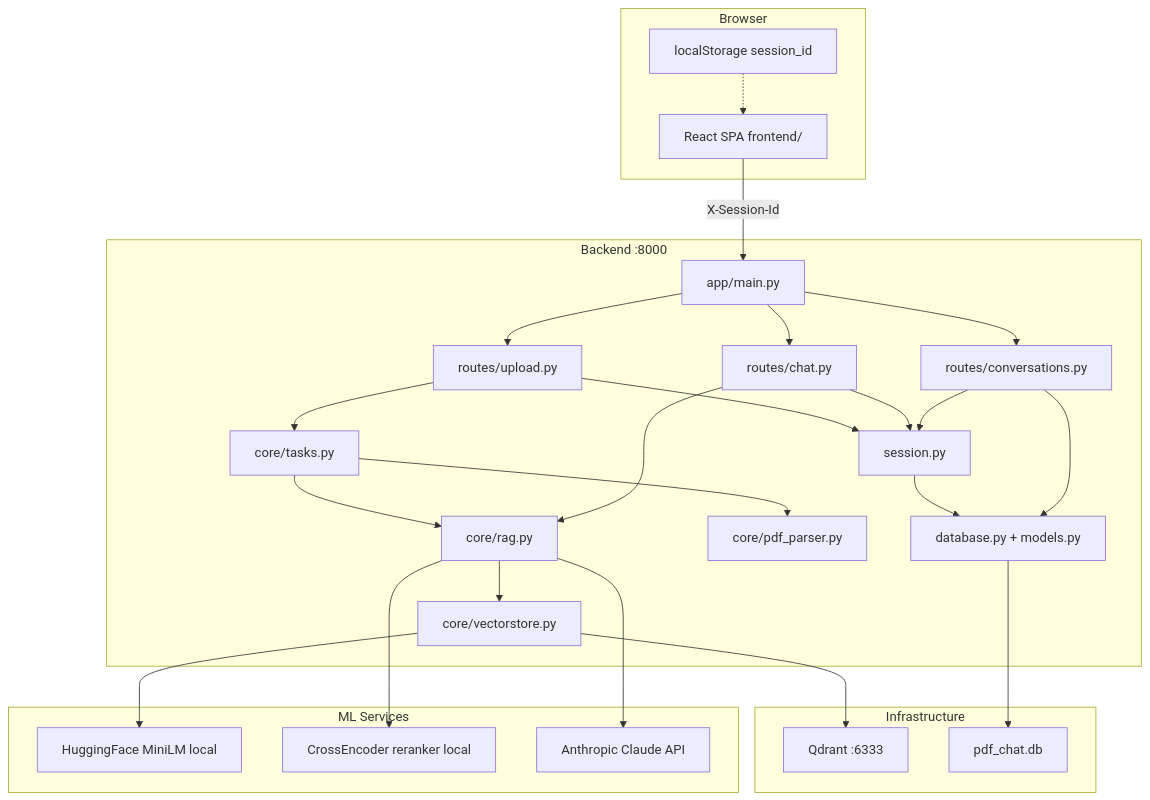
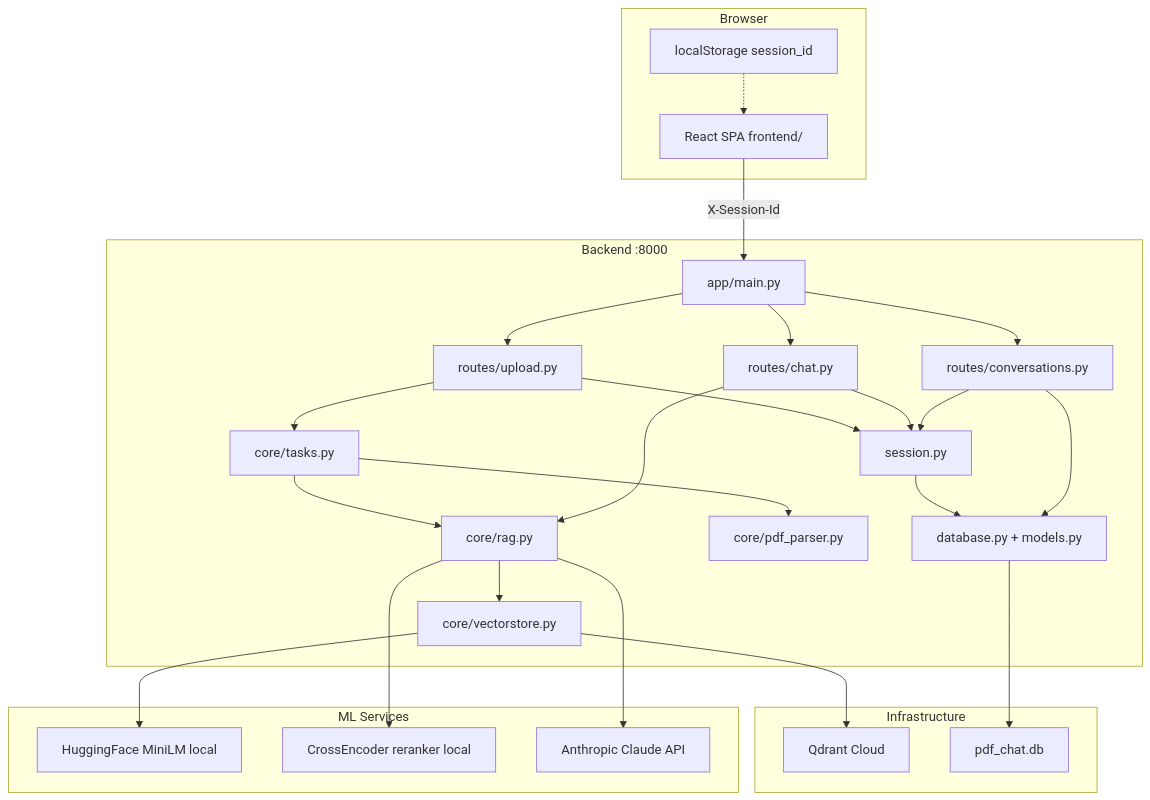
One commit to rishishanbhag/VectorMind changed the second of 8 diagrams in README.md. Above: the diagram before and after it, drawn with Mermaid. The commit also changed other lines of this file, not shown here.

````diff
--- a/README.md
+++ b/README.md
@@ -220,52 +224,52 @@
 ```mermaid
 flowchart TB
     subgraph browser [Browser]
         ReactSPA["React SPA frontend/"]
         LocalStorage["localStorage session_id"]
     end
 
     subgraph backend [Backend :8000]
         Main["app/main.py"]
         UploadRoute["routes/upload.py"]
         ChatRoute["routes/chat.py"]
         ConvRoute["routes/conversations.py"]
         SessionMod["session.py"]
         Tasks["core/tasks.py"]
         RAGEngine["core/rag.py"]
         VectorStore["core/vectorstore.py"]
         PDFParser["core/pdf_parser.py"]
         DB["database.py + models.py"]
     end
 
     subgraph infra [Infrastructure]
-        QdrantDB["Qdrant :6333"]
+        QdrantDB["Qdrant Cloud"]
         SQLiteDB["pdf_chat.db"]
     end
 
     subgraph ml [ML Services]
         MiniLM["HuggingFace MiniLM local"]
         CrossEnc["CrossEncoder reranker local"]
         ClaudeAPI["Anthropic Claude API"]
     end
 
     ReactSPA -->|"X-Session-Id"| Main
     LocalStorage -.-> ReactSPA
     Main --> UploadRoute
     Main --> ChatRoute
     Main --> ConvRoute
     UploadRoute --> SessionMod
     ChatRoute --> SessionMod
     ConvRoute --> SessionMod
     SessionMod --> DB
     DB --> SQLiteDB
     UploadRoute --> Tasks
     Tasks --> PDFParser
     Tasks --> RAGEngine
     ChatRoute --> RAGEngine
     RAGEngine --> VectorStore
     VectorStore --> MiniLM
     VectorStore --> QdrantDB
     RAGEngine --> CrossEnc
     RAGEngine --> ClaudeAPI
     ConvRoute --> DB
 ```
````
